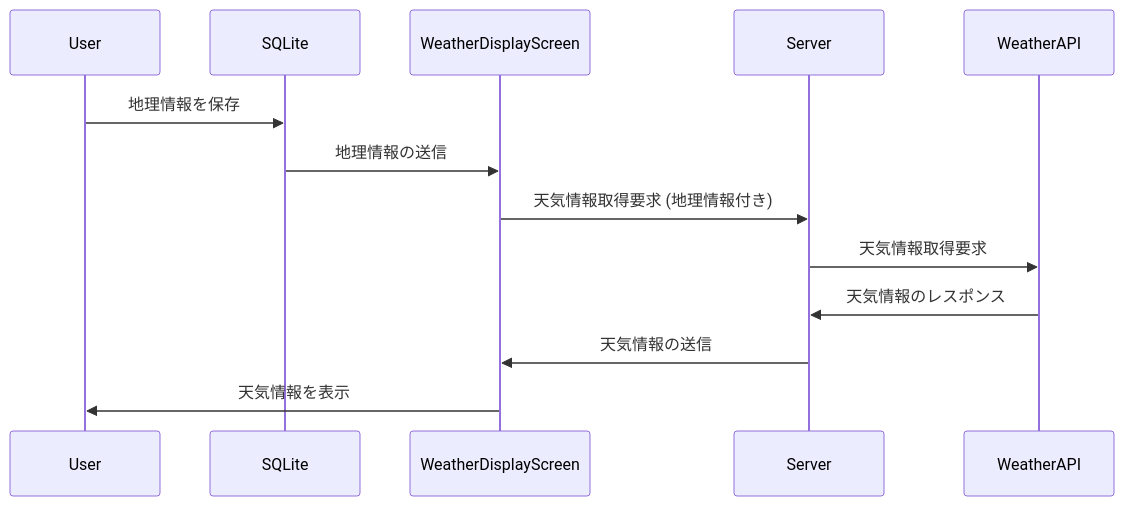
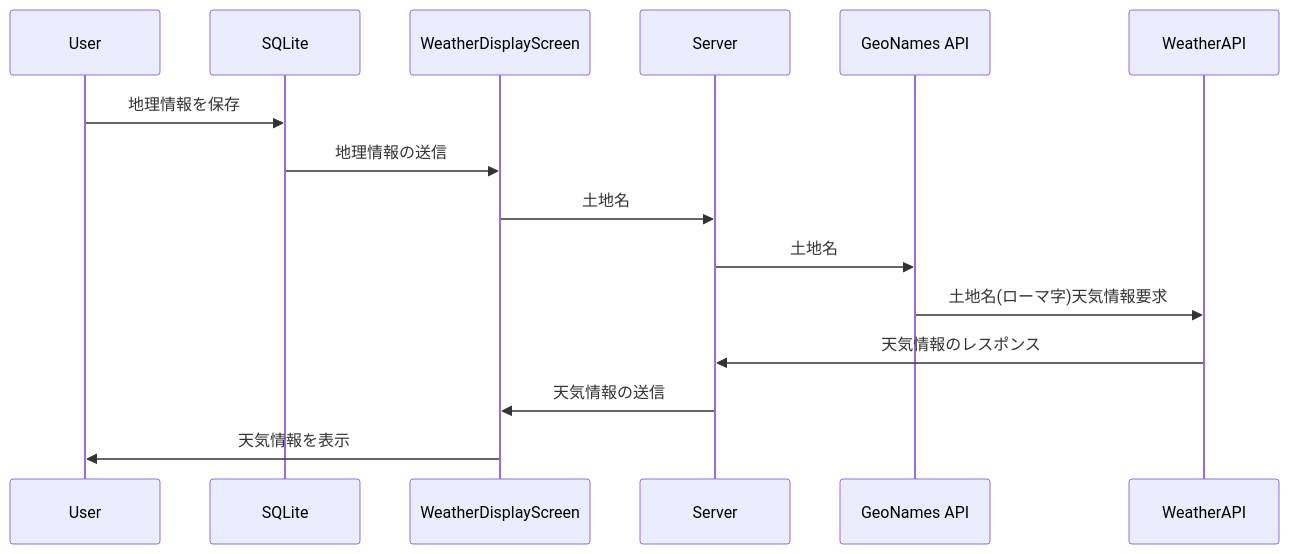
One commit to Mekann2904/Web-Application-Exercise changed the fourth of 6 diagrams in README.md. Above: the diagram before and after it, drawn with Mermaid. The commit also changed other lines of this file, not shown here.

````diff
--- a/README.md
+++ b/README.md
@@ -223,16 +232,18 @@
 ```mermaid
 sequenceDiagram
     participant User
     participant SQLite
     participant WeatherDisplayScreen
     participant Server
+    participant GeoNames API
     participant WeatherAPI
 
     User->>SQLite: 地理情報を保存
     SQLite->>WeatherDisplayScreen: 地理情報の送信
-    WeatherDisplayScreen->>Server: 天気情報取得要求 (地理情報付き)
-    Server->>WeatherAPI: 天気情報取得要求
+    WeatherDisplayScreen->>Server: 土地名
+    Server->>GeoNames API:土地名
+    GeoNames API->>WeatherAPI:土地名(ローマ字)天気情報要求
     WeatherAPI->>Server: 天気情報のレスポンス
     Server->>WeatherDisplayScreen: 天気情報の送信
     WeatherDisplayScreen->>User: 天気情報を表示
 ```
````
